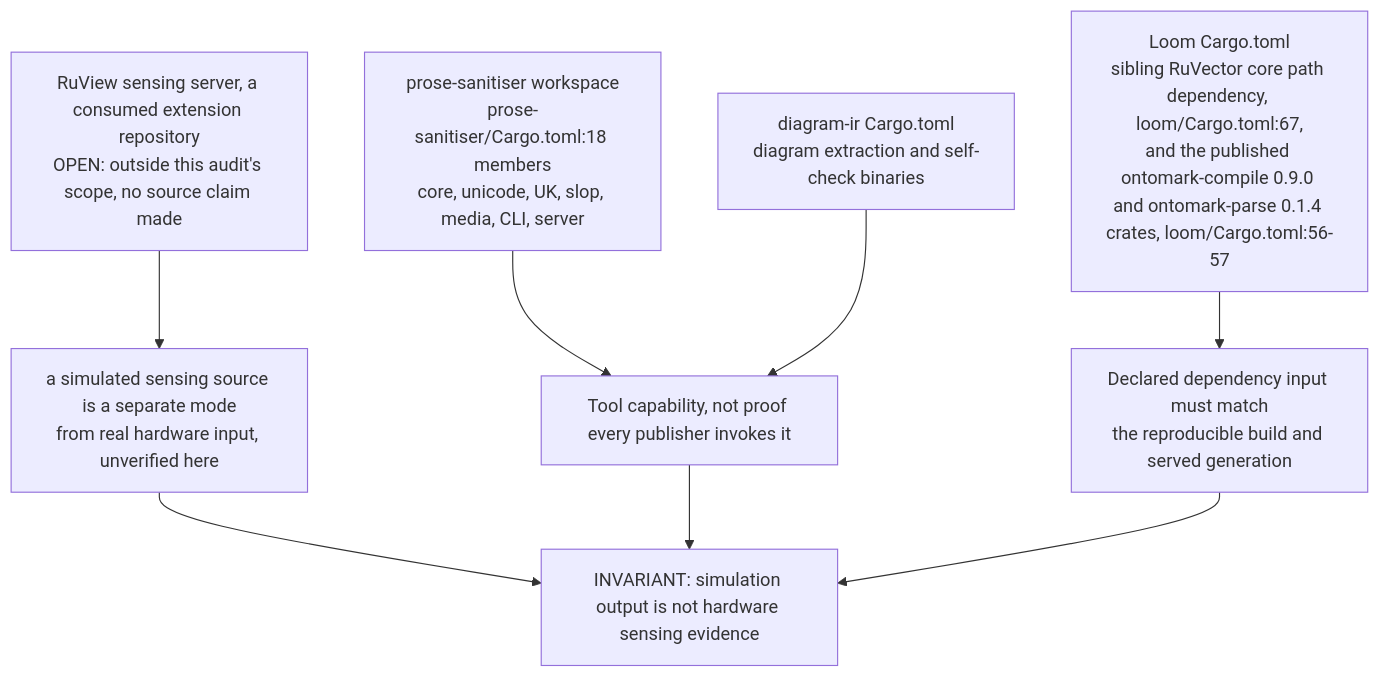
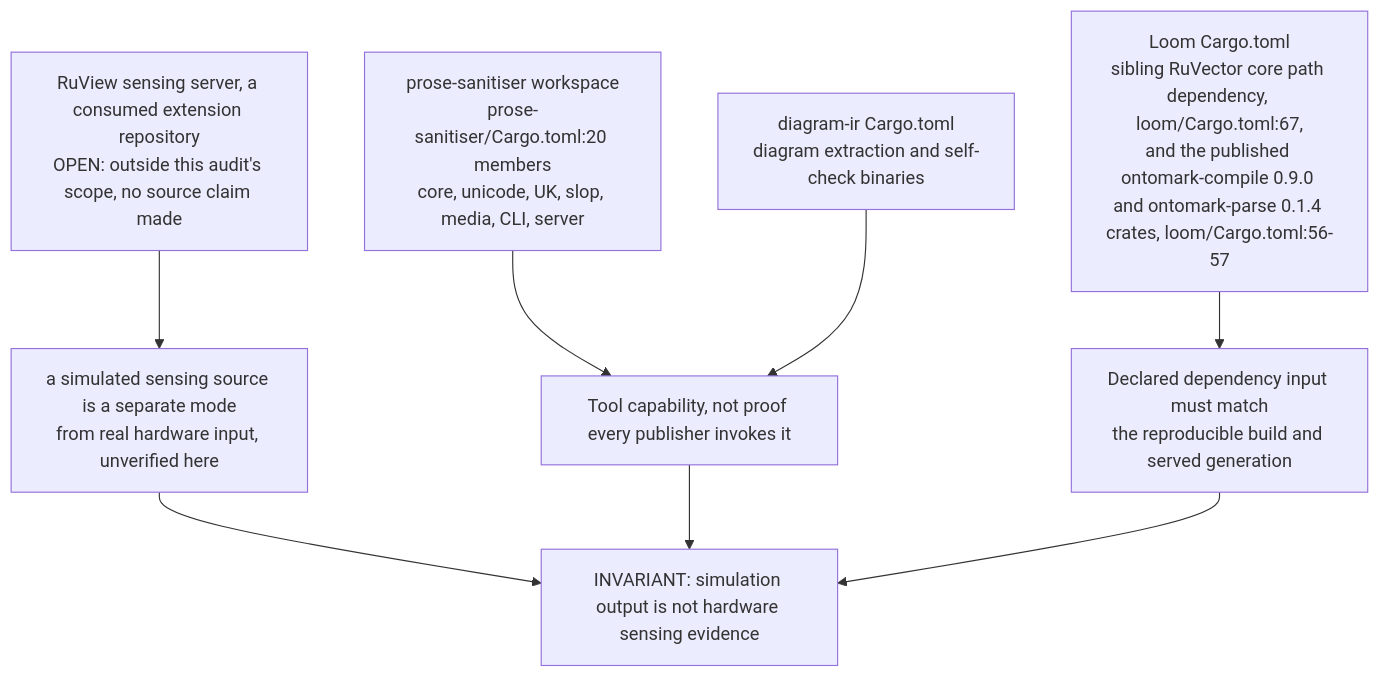
One commit to DreamLab-AI/VisionFlow changed the fourth of 5 diagrams in docs/diagrams/estate/90-evidence-and-supporting-repositories.md. Above: the diagram before and after it, drawn with Mermaid. The commit also changed other lines of this file and 5 other files, not shown here.

````diff
--- a/docs/diagrams/estate/90-evidence-and-supporting-repositories.md
+++ b/docs/diagrams/estate/90-evidence-and-supporting-repositories.md
@@ -96,10 +96,10 @@
 ```mermaid
 flowchart TB
-    PS["prose-sanitiser workspace<br/>prose-sanitiser/Cargo.toml:18 members<br/>core, unicode, UK, slop, media, CLI, server"] --> PT["Tool capability, not proof every publisher invokes it"]
+    PS["prose-sanitiser workspace<br/>prose-sanitiser/Cargo.toml:20 members<br/>core, unicode, UK, slop, media, CLI, server"] --> PT["Tool capability, not proof every publisher invokes it"]
     DI["diagram-ir Cargo.toml<br/>diagram extraction and self-check binaries"] --> PT
     L["Loom Cargo.toml<br/>sibling RuVector core path dependency, loom/Cargo.toml:67,<br/>and the published ontomark-compile 0.9.0 and ontomark-parse 0.1.4 crates, loom/Cargo.toml:56-57"] --> INPUT["Declared dependency input must match<br/>the reproducible build and served generation"]
     RV["RuView sensing server, a consumed extension repository<br/>OPEN: outside this audit's scope, no source claim made"] --> SIM["a simulated sensing source is a separate mode<br/>from real hardware input, unverified here"]
     SIM --> BOUND["INVARIANT: simulation output is not hardware sensing evidence"]
     PT --> BOUND
     INPUT --> BOUND
 ```
````
